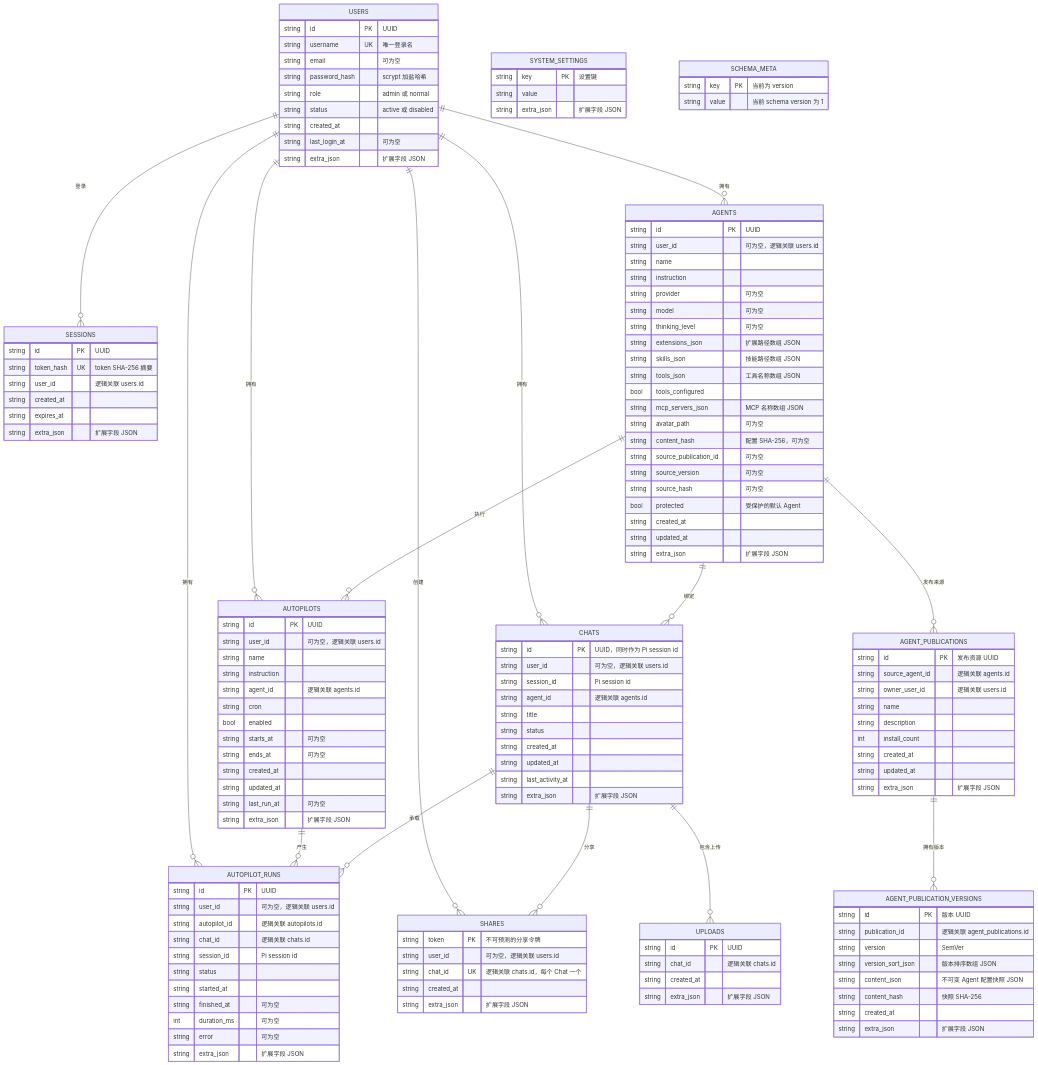
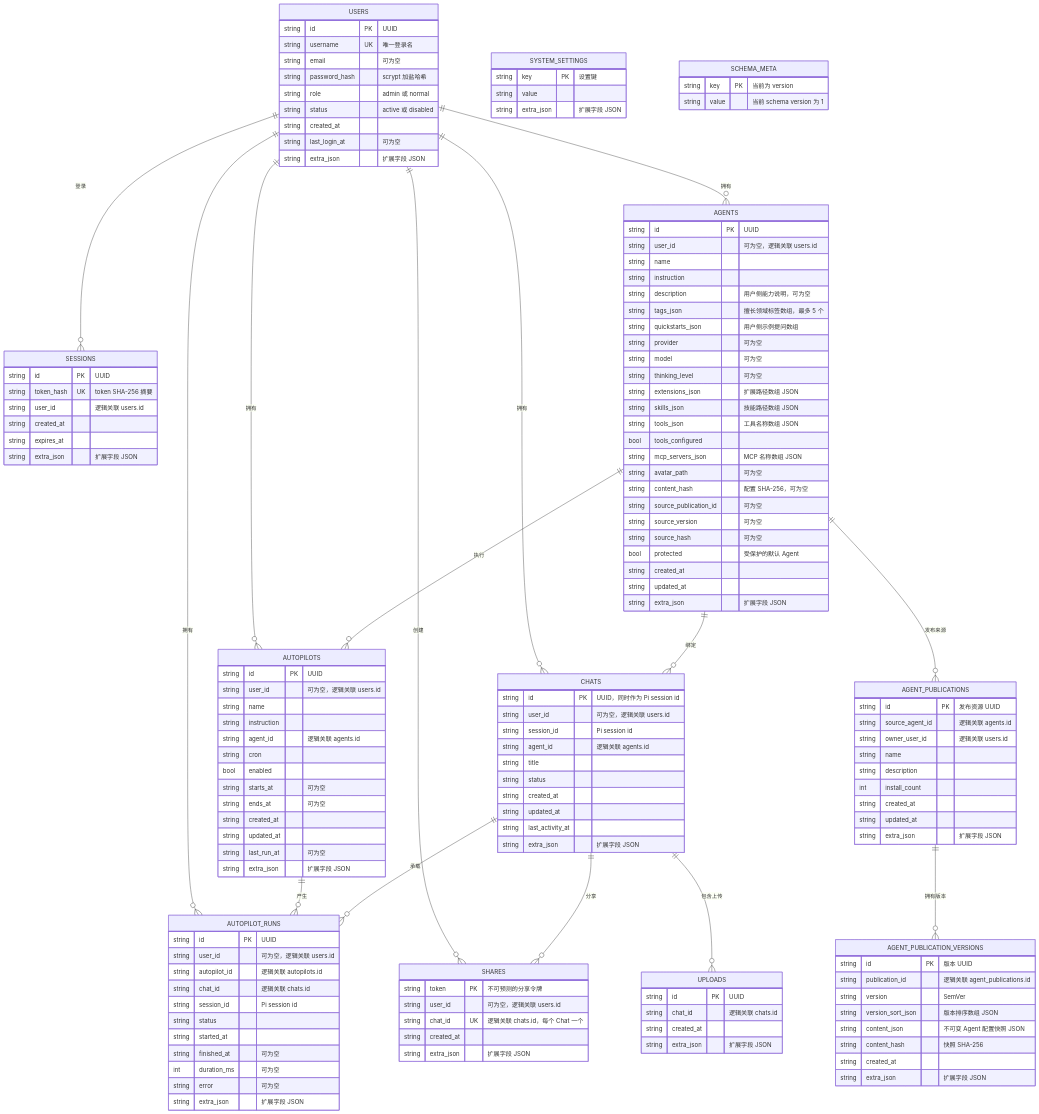
Before and after one commit to wyf0931/pi-rpc-pydemo: the diagram in docs/database-schema.md, drawn with Mermaid. The commit also changed other lines of this file and 10 other files, not shown here.

```diff
--- a/docs/database-schema.md
+++ b/docs/database-schema.md
@@ -51,6 +51,9 @@
         string user_id "可为空，逻辑关联 users.id"
         string name
         string instruction
+        string description "用户侧能力说明，可为空"
+        string tags_json "擅长领域标签数组，最多 5 个"
+        string quickstarts_json "用户侧示例提问数组"
         string provider "可为空"
         string model "可为空"
         string thinking_level "可为空"
```
